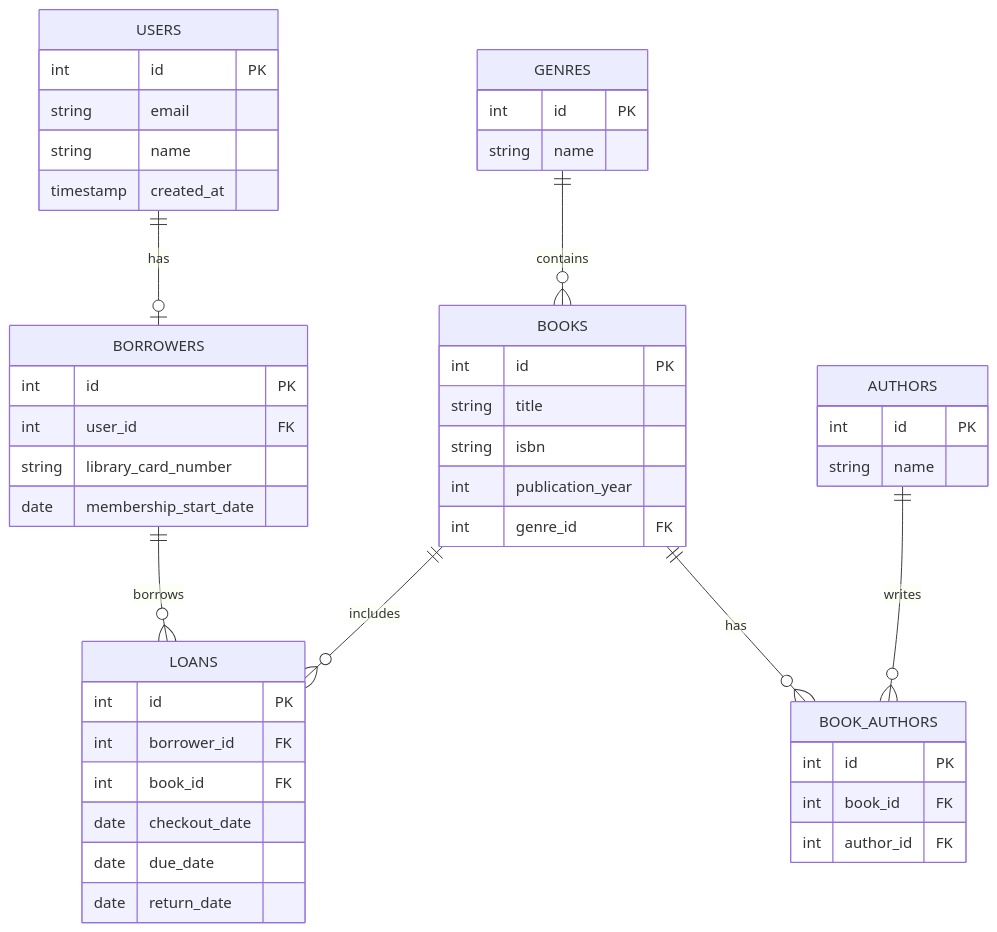
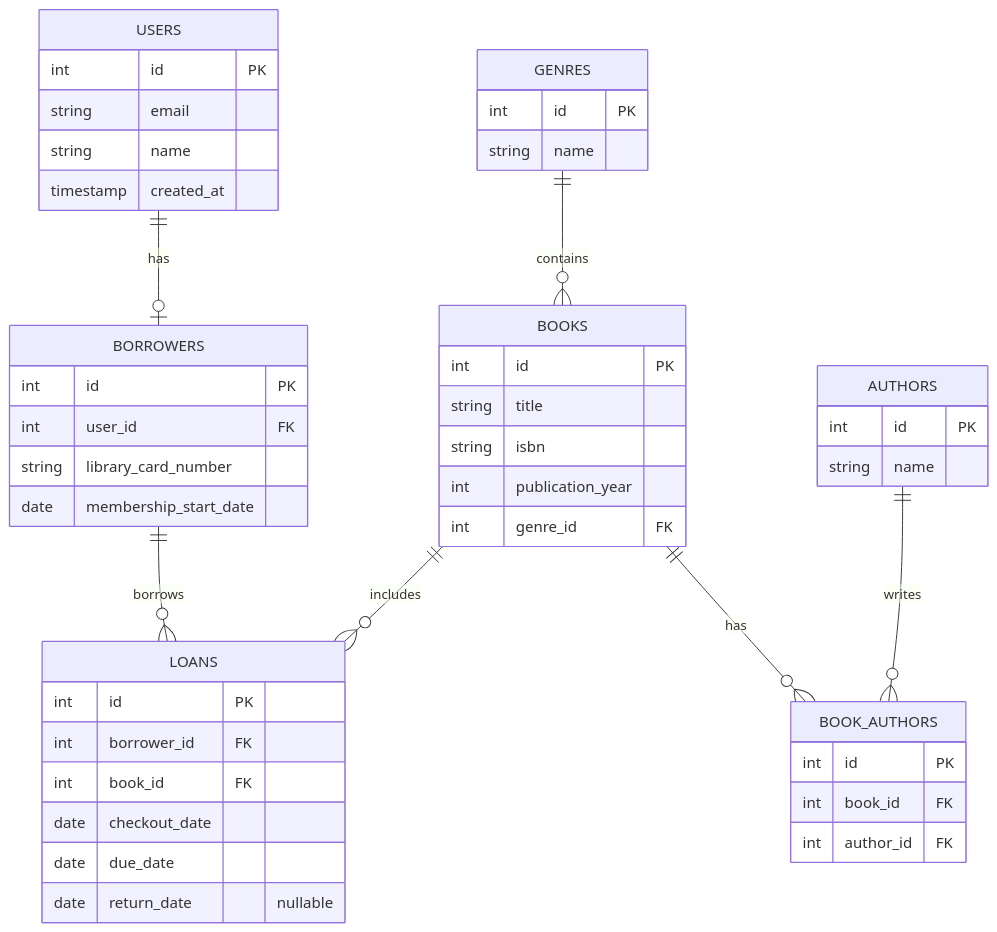
The diagram in docs/architecture/schema.mmd (KeithArd/fall-2026-assignment-04), drawn with Mermaid before and after one commit. The commit also changed 3 other files, not shown here.

```diff
--- a/docs/architecture/schema.mmd
+++ b/docs/architecture/schema.mmd
@@ -1,54 +1,54 @@
 erDiagram
     USERS {
         int id PK
         string email
         string name
         timestamp created_at
     }
 
     BORROWERS {
         int id PK
         int user_id FK
         string library_card_number
         date membership_start_date
     }
 
     GENRES {
         int id PK
         string name
     }
 
     BOOKS {
         int id PK
         string title
         string isbn
         int publication_year
         int genre_id FK
     }
 
     AUTHORS {
         int id PK
         string name
     }
 
     BOOK_AUTHORS {
         int id PK
         int book_id FK
         int author_id FK
     }
 
     LOANS {
         int id PK
         int borrower_id FK
         int book_id FK
         date checkout_date
         date due_date
-        date return_date
+        date return_date "nullable"
     }
 
     USERS ||--o| BORROWERS : has
     GENRES ||--o{ BOOKS : contains
     BOOKS ||--o{ BOOK_AUTHORS : has
     AUTHORS ||--o{ BOOK_AUTHORS : writes
     BORROWERS ||--o{ LOANS : borrows
     BOOKS ||--o{ LOANS : includes
```
